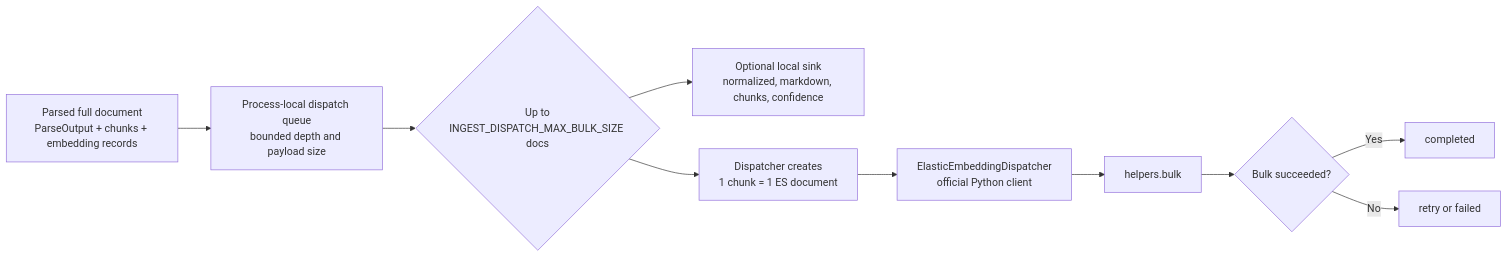
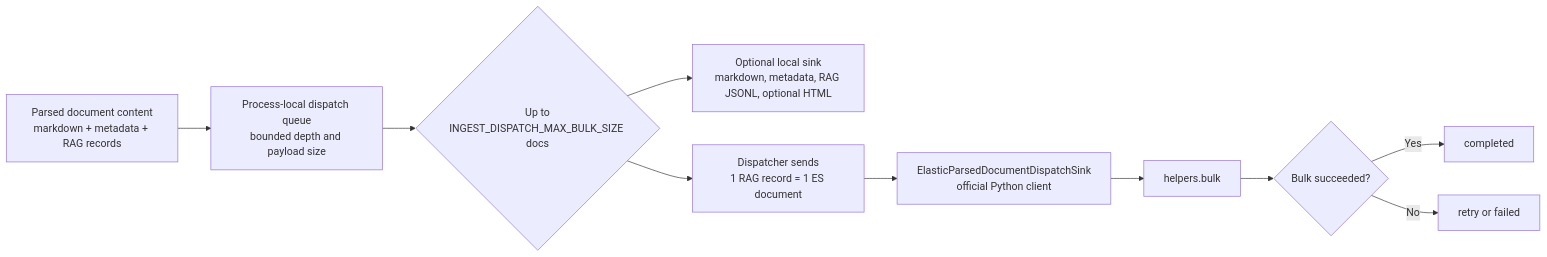
The fourth of 7 diagrams in docs/architecture-diagram.md (alrolo3/ingest-orquestator-service), drawn with Mermaid before and after one commit. The commit also changed other lines of this file and 78 other files, not shown here.

Commit message:
refactor: complete queue dispatcher and parse output workflow

````diff
--- a/docs/architecture-diagram.md
+++ b/docs/architecture-diagram.md
@@ -157,12 +155,12 @@
 ```mermaid
 flowchart LR
-    Parsed["Parsed full document<br/>ParseOutput + chunks + embedding records"] --> Queue["Process-local dispatch queue<br/>bounded depth and payload size"]
+    Parsed["Parsed document content<br/>markdown + metadata + RAG records"] --> Queue["Process-local dispatch queue<br/>bounded depth and payload size"]
     Queue --> Bulk{"Up to<br/>INGEST_DISPATCH_MAX_BULK_SIZE docs"}
-    Bulk --> Store["Optional local sink<br/>normalized, markdown, chunks, confidence"]
-    Bulk --> ChunkDocs["Dispatcher creates<br/>1 chunk = 1 ES document"]
-    ChunkDocs --> Submit["ElasticEmbeddingDispatcher<br/>official Python client"]
+    Bulk --> Store["Optional local sink<br/>markdown, metadata, RAG JSONL, optional HTML"]
+    Bulk --> ChunkDocs["Dispatcher sends<br/>1 RAG record = 1 ES document"]
+    ChunkDocs --> Submit["ElasticParsedDocumentDispatchSink<br/>official Python client"]
     Submit --> BulkCall["helpers.bulk"]
     BulkCall --> Done{"Bulk succeeded?"}
     Done -->|Yes| CompletedState["completed"]
     Done -->|No| FailedState["retry or failed"]
 ```
````
